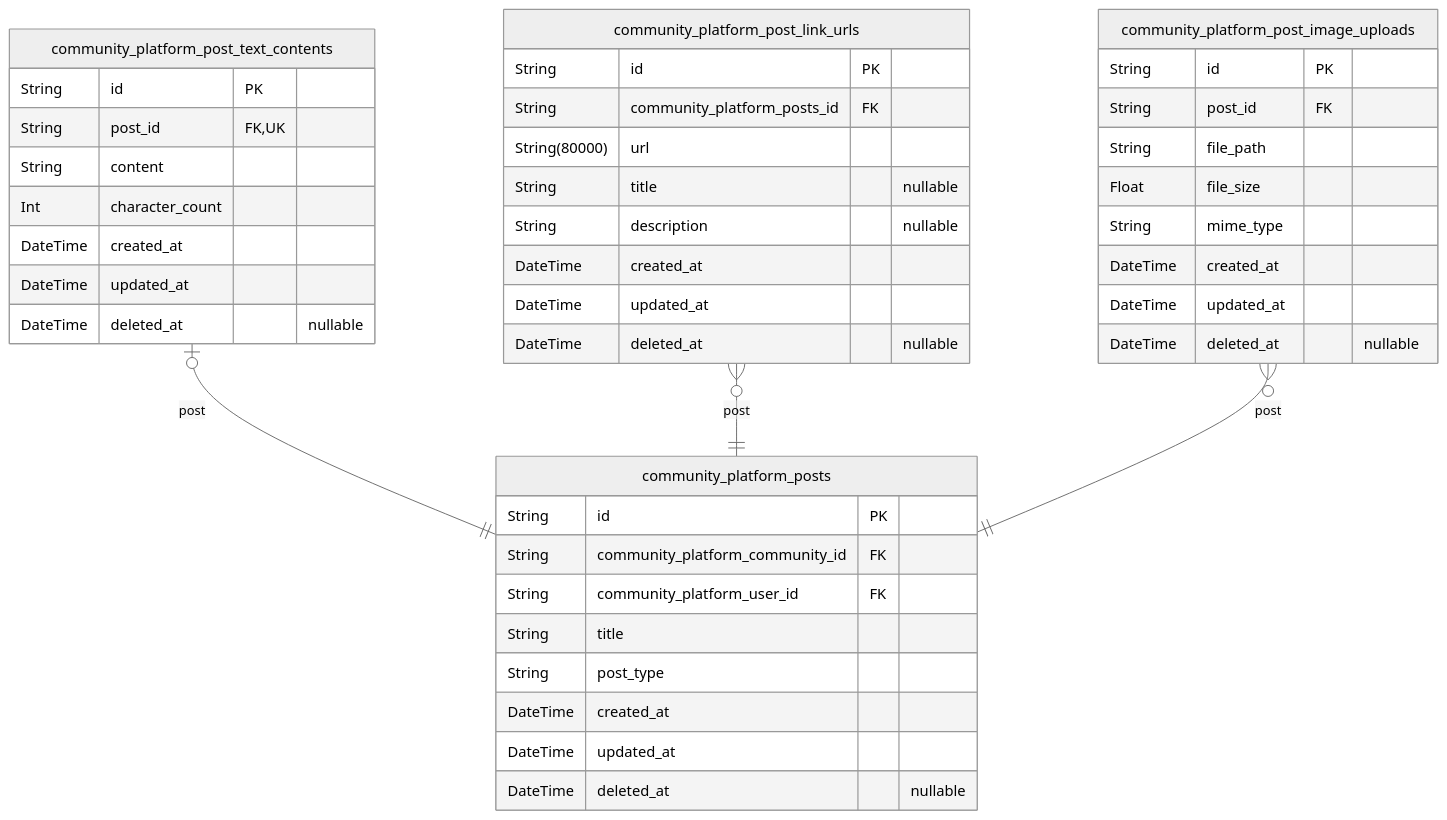
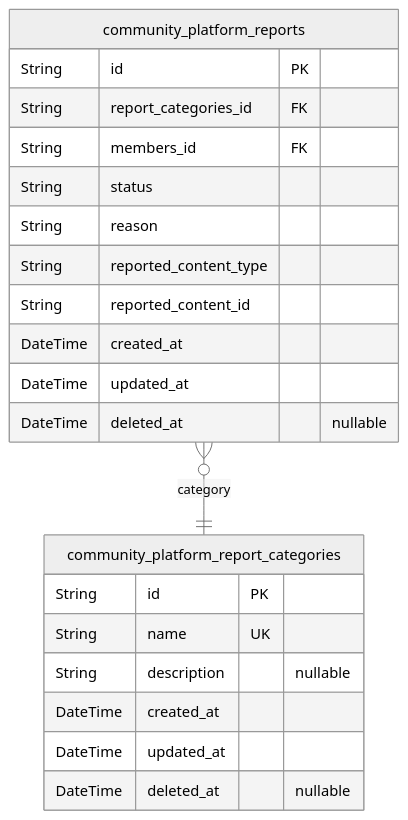
The tenth of 11 diagrams in qwen/qwen3-30b-a3b-thinking-2507/reddit/docs/ERD.md (wrtnlabs/autobe-examples), drawn with Mermaid (neutral theme) before and after one commit. The commit also changed other lines of this file and 11104 other files, not shown here.

````diff
--- a/qwen/qwen3-30b-a3b-thinking-2507/reddit/docs/ERD.md
+++ b/qwen/qwen3-30b-a3b-thinking-2507/reddit/docs/ERD.md
@@ -634,45 +928,24 @@
 ```mermaid
 erDiagram
-"community_platform_posts" {
+"community_platform_report_categories" {
   String id PK
-  String community_platform_community_id FK
-  String community_platform_user_id FK
-  String title
-  String post_type
-  DateTime created_at
-  DateTime updated_at
-  DateTime deleted_at "nullable"
-}
-"community_platform_post_text_contents" {
-  String id PK
-  String post_id FK,UK
-  String content
-  Int character_count
-  DateTime created_at
-  DateTime updated_at
-  DateTime deleted_at "nullable"
-}
-"community_platform_post_link_urls" {
-  String id PK
-  String community_platform_posts_id FK
-  String(80000) url
-  String title "nullable"
+  String name UK
   String description "nullable"
   DateTime created_at
   DateTime updated_at
   DateTime deleted_at "nullable"
 }
-"community_platform_post_image_uploads" {
+"community_platform_reports" {
   String id PK
-  String post_id FK
-  String file_path
-  Float file_size
-  String mime_type
+  String report_categories_id FK
+  String members_id FK
+  String status
+  String reason
+  String reported_content_type
+  String reported_content_id
   DateTime created_at
   DateTime updated_at
   DateTime deleted_at "nullable"
 }
-"community_platform_post_text_contents" |o--|| "community_platform_posts" : post
-"community_platform_post_link_urls" }o--|| "community_platform_posts" : post
-"community_platform_post_image_uploads" }o--|| "community_platform_posts" : post
+"community_platform_reports" }o--|| "community_platform_report_categories" : category
 ```
````
